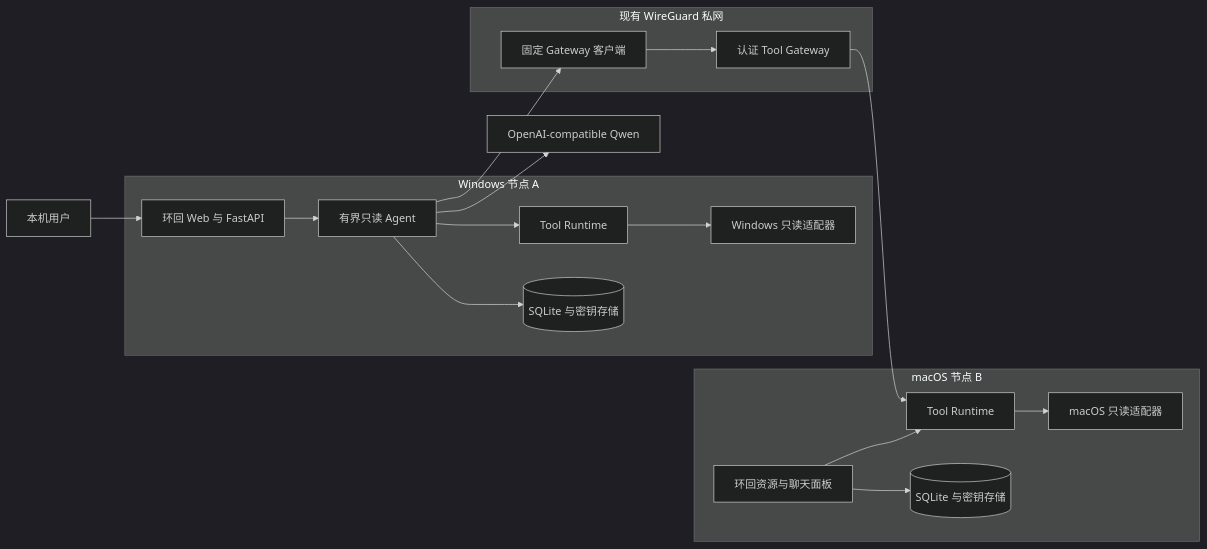
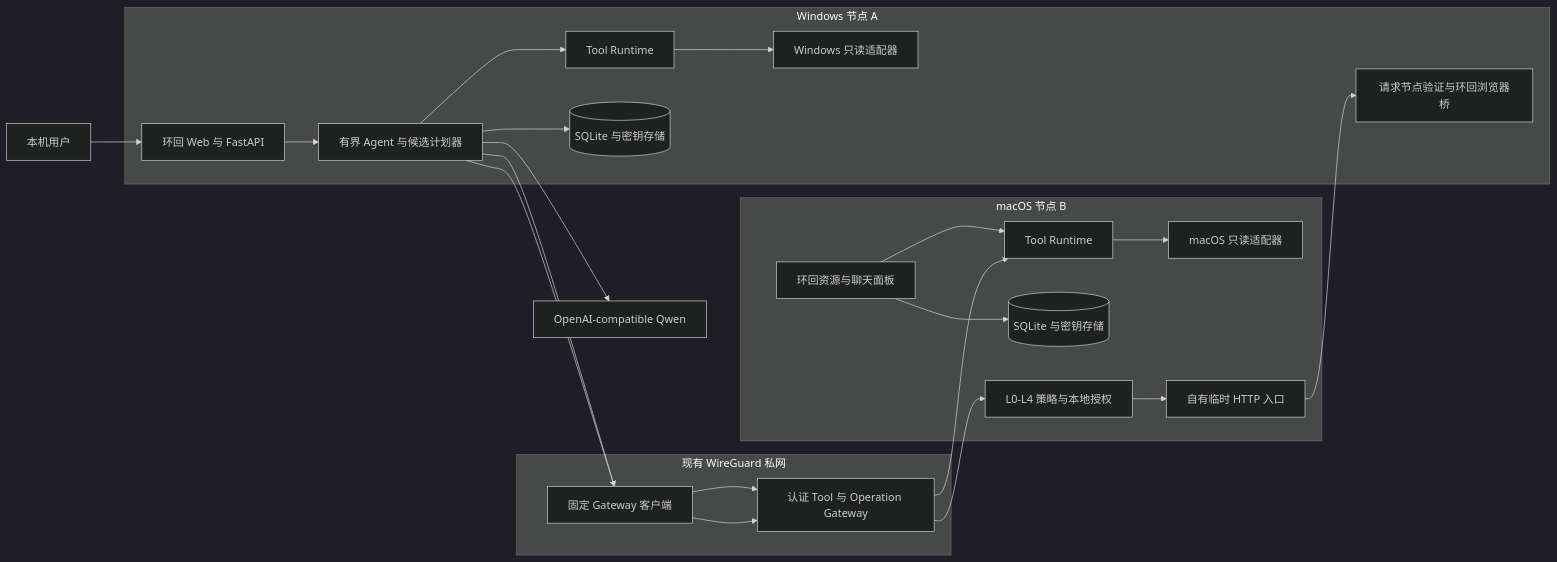
One commit to Sugarfarmeriod/TunnelMinion changed the diagram in docs/architecture.md. Above: the diagram before and after it, drawn with Mermaid (dark theme). The commit also changed other lines of this file and 6 other files, not shown here.

````diff
--- a/docs/architecture.md
+++ b/docs/architecture.md
@@ -9,34 +9,39 @@
 ```mermaid
 flowchart LR
     user[本机用户]
 
     subgraph nodeA[Windows 节点 A]
         webA[环回 Web 与 FastAPI]
-        agentA[有界只读 Agent]
+        agentA[有界 Agent 与候选计划器]
+        callbackA[请求节点验证与环回浏览器桥]
         toolsA[Tool Runtime]
         platformA[Windows 只读适配器]
         storesA[(SQLite 与密钥存储)]
     end
 
     subgraph privateNetwork[现有 WireGuard 私网]
         clientA[固定 Gateway 客户端]
-        gatewayB[认证 Tool Gateway]
+        gatewayB[认证 Tool 与 Operation Gateway]
     end
 
     subgraph nodeB[macOS 节点 B]
         toolsB[Tool Runtime]
         platformB[macOS 只读适配器]
         webB[环回资源与聊天面板]
         storesB[(SQLite 与密钥存储)]
+        policyB[L0-L4 策略与本地授权]
+        proxyB[自有临时 HTTP 入口]
     end
 
     model[OpenAI-compatible Qwen]
 
     user --> webA --> agentA
     agentA --> toolsA --> platformA
     agentA --> storesA
     agentA --> clientA --> gatewayB --> toolsB --> platformB
+    agentA --> clientA --> gatewayB --> policyB --> proxyB
+    proxyB --> callbackA
     agentA --> model
     webB --> toolsB
     webB --> storesB
 ```
````
